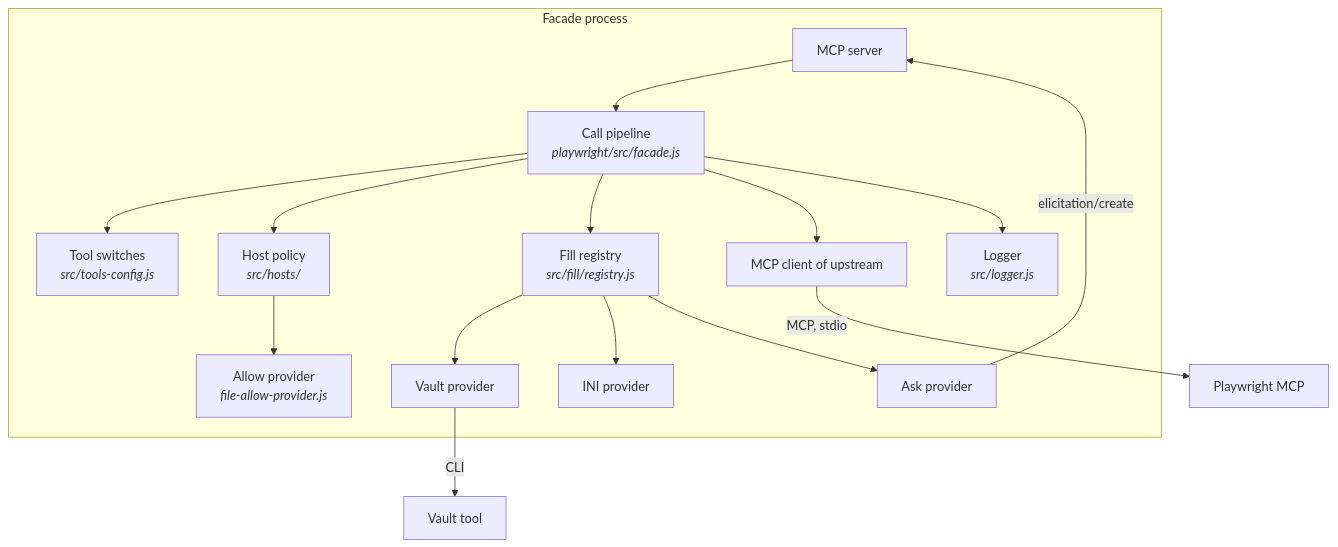
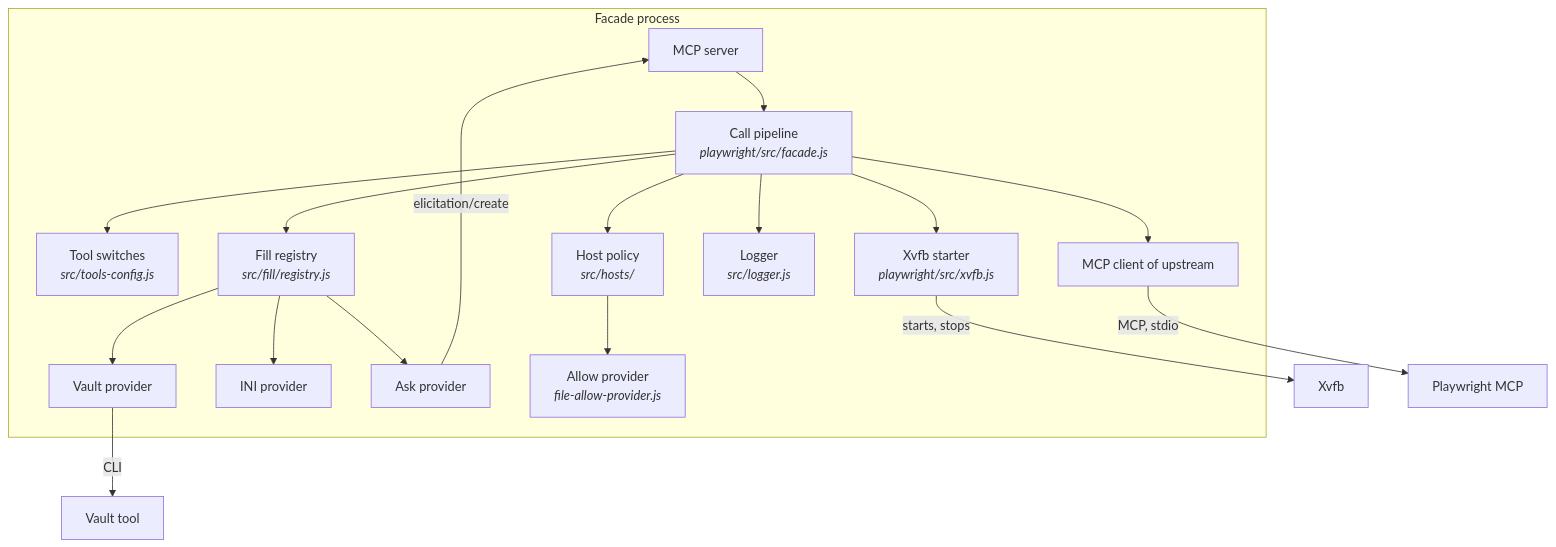
The third of 6 diagrams in tools/browser-tool-facades/sdd/DESIGN.md (npstash/shared), drawn with Mermaid before and after one commit. The commit also changed other lines of this file and 23 other files, not shown here.

First line of the commit message:
Add the render mode and Xvfb to the Playwright facade; keep the host list local

````diff
--- a/tools/browser-tool-facades/sdd/DESIGN.md
+++ b/tools/browser-tool-facades/sdd/DESIGN.md
@@ -89,18 +93,20 @@
 ```mermaid
 flowchart TD
     subgraph F[Facade process]
         SV[MCP server] --> P[Call pipeline<br/><i>playwright/src/facade.js</i>]
         P --> T[Tool switches<br/><i>src/tools-config.js</i>]
         P --> H[Host policy<br/><i>src/hosts/</i>]
         P --> R[Fill registry<br/><i>src/fill/registry.js</i>]
         R --> PV[Vault provider]
         R --> PI[INI provider]
         R --> PA[Ask provider]
         H --> AP[Allow provider<br/><i>file-allow-provider.js</i>]
         P --> CL[MCP client of upstream]
         P --> LG[Logger<br/><i>src/logger.js</i>]
+        P --> XV[Xvfb starter<br/><i>playwright/src/xvfb.js</i>]
     end
+    XV -->|starts, stops| X[Xvfb]
     CL -->|MCP, stdio| M[Playwright MCP]
     PA -->|elicitation/create| SV
     PV -->|CLI| V[Vault tool]
 ```
````
